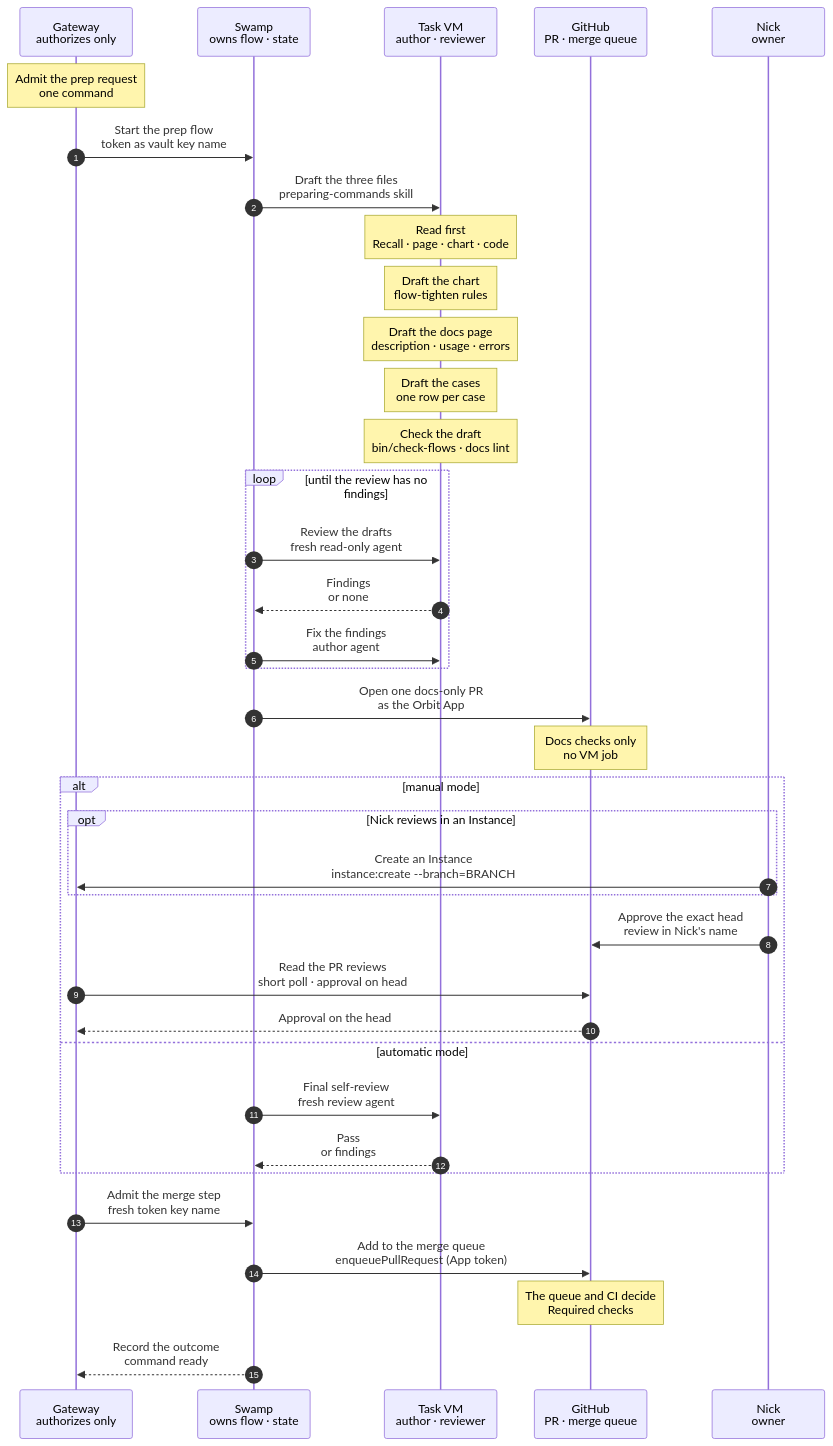
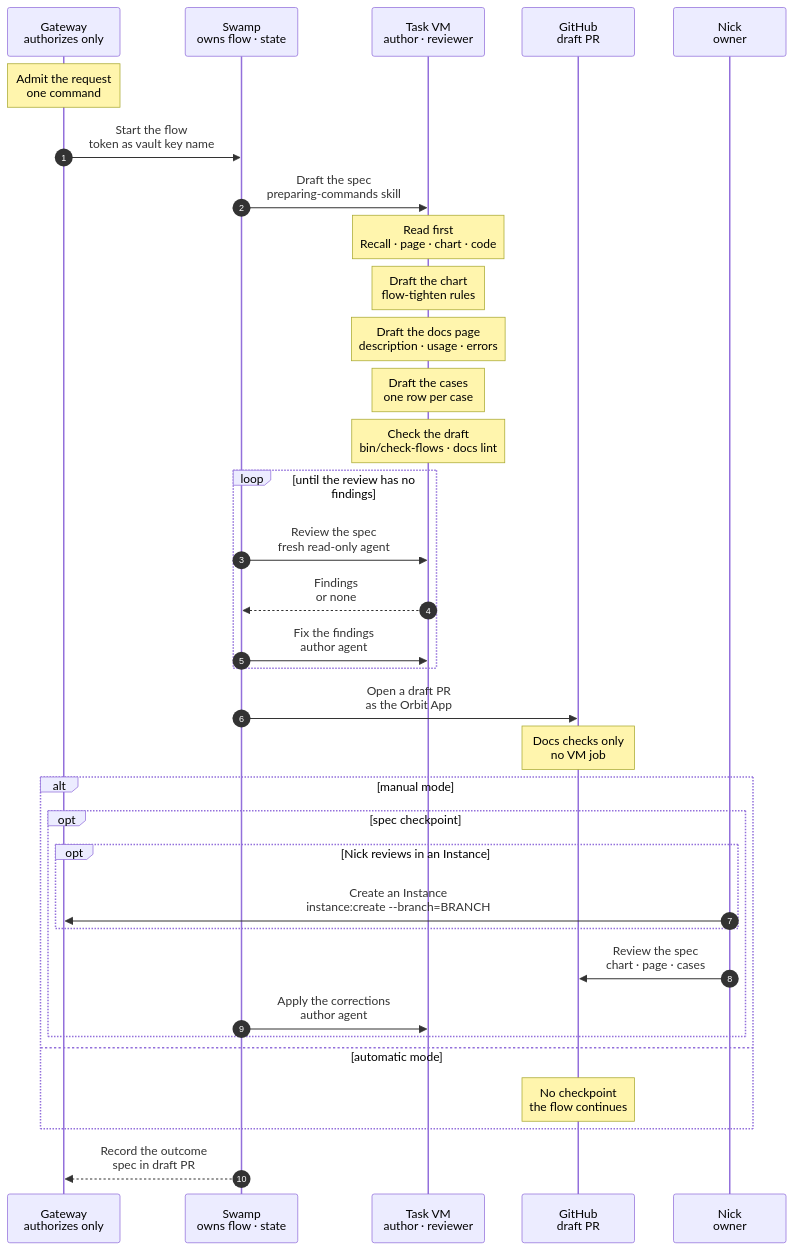
Before and after one commit to hardimpactdev/orbit: the diagram in docs/reference/pipeline/1-prep.mmd, drawn with Mermaid. The commit also changed 8 other files, not shown here.

First line of the commit message:
docs: one PR per command change

```diff
--- a/docs/reference/pipeline/1-prep.mmd
+++ b/docs/reference/pipeline/1-prep.mmd
@@ -1,136 +1,116 @@
 sequenceDiagram
-  %% Target design: stage 1 of the command development pipeline (docs/reference/command-development-pipeline.mdx). Swamp owns the whole prep flow and its state; the Gateway only authorizes it: it admits each request, mints short-lived GitHub App tokens, passes them by vault key name, and records outcomes. An author agent drafts, a separate review agent checks, Swamp opens the PR as the Orbit App, and one of two modes (manual or automatic) decides when Swamp adds the PR to the merge queue. GitHub auto-merge is not used. No code changes in this stage.
+  %% Target design: stage 1 of the command development pipeline (docs/reference/command-development-pipeline.mdx). A command has one PR, and this stage starts it. Swamp owns the flow and its state; the Gateway only authorizes it: it admits each request, mints short-lived GitHub App tokens, passes them by vault key name, and records outcomes. An author agent drafts the spec (chart, docs page and cases), a separate review agent checks it, and Swamp opens a draft PR as the Orbit App. The spec is the first commit of that PR. In manual mode, Nick may review the spec in the draft before code is written; in automatic mode there is no checkpoint. The code and the runnable proof cases follow in the same PR (stages 2 to 4), and stage 4 holds the gate and the merge queue.
   %% status: draft
-  %% command: development pipeline stage 1 · prep a command
+  %% command: development pipeline stage 1 · start the command PR with its spec
   %% kind: pipeline.1-prep
   autonumber
   %% lane GW icon=gateway pill=intent tone=blue
   %% lane SW icon=workflow pill=executes tone=green
   %% lane VM icon=terminal pill=target tone=gray
   %% lane GH icon=server pill=target tone=purple
   %% lane NK icon=terminal pill=caller tone=amber
   participant GW as Gateway<br/>authorizes only
   participant SW as Swamp<br/>owns flow · state
   participant VM as Task VM<br/>author · reviewer
-  participant GH as GitHub<br/>PR · merge queue
+  participant GH as GitHub<br/>draft PR
   participant NK as Nick<br/>owner
-  Note over GW: Admit the prep request<br/>one command
+  Note over GW: Admit the request<br/>one command
   %%> What it does:
-  %%> - authorizes a prep request for one command
+  %%> - authorizes the request to start the PR of one command
   %%> - records the operation, so the CLI and web show its state
   %%> - mints a short-lived GitHub App token for the flow
   %%> Why:
   %%> - the Gateway only authorizes; Swamp owns the flow and all of its state
-  GW->>SW: Start the prep flow<br/>token as vault key name
+  GW->>SW: Start the flow<br/>token as vault key name
   %%> Inputs:
   %%> - the command and its family
   %%> - the vault key name of the token, never the token itself
   %%> Not built:
-  %%> - the prep flow as a Swamp workflow; today the orchestrator starts the agents by hand
-  SW->>VM: Draft the three files<br/>preparing-commands skill
+  %%> - the flow as a Swamp workflow; today the orchestrator starts the agents by hand
+  SW->>VM: Draft the spec<br/>preparing-commands skill
   %%> What it does:
   %%> - the author agent drafts the chart, the docs page and the verification cases in a task VM
-  %%> - preparation changes no code
+  %%> - this commit changes no code
   %%> Not built:
-  %%> - Swamp starting the task VM and the agent as part of the prep flow
+  %%> - Swamp starting the task VM and the agent as part of the flow
   Note over VM: Read first<br/>Recall · page · chart · code
   %%> What it does:
   %%> - Recall `resolve` for the command and its family, and `decisions` for the family; current decisions override older text
   %%> - reads the existing page, chart and old fixture; reads the code only to learn what exists, never as the target
+  %%> - for a command that already has a spec from a docs-only PR, starts from it and updates it
   %%> - for a sibling of an approved command, starts from the sibling's chart, page and cases
   Note over VM: Draft the chart<br/>flow-tighten rules
   %%> What it does:
   %%> - writes `docs/cli/FAMILY/COMMAND.mmd`, the ideal flow, even where the code differs
   %%> - the main path uses required parameters only; each optional flag gets its own `opt` block
   %%> - uses role names and placeholders, never Node ids, task ids or hostnames
   %%> - shows the failure and cleanup contract: what a failure leaves behind, what a rerun does
   Note over VM: Draft the docs page<br/>description · usage · errors
   %%> What it does:
   %%> - writes `docs/cli/FAMILY/COMMAND.mdx` in this order: description, usage, how it works, errors
   %%> - states the rerun behavior, with the reason code of a skip
   Note over VM: Draft the cases<br/>one row per case
   %%> What it does:
   %%> - writes `swamp/proof/FAMILY/COMMAND.cases.md` from the chart and the page, never from the code
   %%> - covers required arguments only, each flag, each error on the chart, a repeat, and a failure after a partial change
   %%> - marks a case that the code fails today; never weakens a case to fit the code
   Note over VM: Check the draft<br/>bin/check-flows · docs lint
   %%> What it does:
   %%> - runs `bin/check-flows`, `composer docs-build` and `composer docs-lint`
   %%> - walks every error code, flag and repeat of the page against the cases
   loop until the review has no findings
-    SW->>VM: Review the drafts<br/>fresh read-only agent
+    SW->>VM: Review the spec<br/>fresh read-only agent
     %%> What it does:
-    %%> - a separate review agent (Sonnet, high effort) checks the drafts against the skills and the CLI standard
-    %%> - it never wrote the drafts
+    %%> - a separate review agent (Sonnet, high effort) checks the spec against the skills and the CLI standard
+    %%> - it never wrote the spec
     VM-->>SW: Findings<br/>or none
     SW->>VM: Fix the findings<br/>author agent
     %%> When:
     %%> - only when the review has findings
     %%> Result:
     %%> - the author agent fixes every finding it can settle with the rules and Recall decisions
   end
-  SW->>GH: Open one docs-only PR<br/>as the Orbit App
+  SW->>GH: Open a draft PR<br/>as the Orbit App
   %%> What it does:
   %%> - reads the token from the vault by its key name
-  %%> - marks the chart `%% status: reviewed`
-  %%> - the PR holds the chart, page and cases of one command and nothing else
+  %%> - pushes the branch whose first commit holds the chart, page and cases of one command and nothing else
+  %%> - opens the PR as a draft; it stays a draft until stage 4
+  %%> - this is the one PR of the command: code and runnable proof cases join it later, and no separate docs PR exists
   %%> Not built:
-  %%> - PRs opened by the App from the prep flow; the Gateway already opens task PRs as the App with `tasks:publish`, but today the prep author opens this PR as `nckrtl`
+  %%> - PRs opened by the App from this flow; the Gateway already opens task PRs as the App with `tasks:publish`, but today the author opens the PR as `nckrtl`
   Note over GH: Docs checks only<br/>no VM job
   %%> Why:
-  %%> - a documentation-only change runs the docs checks of CI and never the proof CI
+  %%> - the spec commit changes documentation only, so CI runs the docs checks and never the proof CI; the proof CI starts with the code
   alt manual mode
-    opt Nick reviews in an Instance
-      NK->>GW: Create an Instance<br/>instance:create --branch=BRANCH
+    opt spec checkpoint
+      opt Nick reviews in an Instance
+        NK->>GW: Create an Instance<br/>instance:create --branch=BRANCH
+        %%> What it does:
+        %%> - creates a development Instance that checks out the PR branch
+        %%> - Nick and an agent review and adjust the spec there
+        %%> Built or not:
+        %%> - built: `instance:create --branch` checks out an existing origin branch (`docs/cli/instance/create.mdx`, Branch selection)
+      end
+      NK->>GH: Review the spec<br/>chart · page · cases
       %%> What it does:
-      %%> - creates a development Instance that checks out the PR branch
-      %%> - Nick and an agent review and adjust the drafts there
-      %%> - a push moves the PR head, so the approval must follow the last push
-      %%> Built or not:
-      %%> - built: `instance:create --branch` checks out an existing origin branch (`docs/cli/instance/create.mdx`, Branch selection)
+      %%> - Nick reviews the chart, the page and the cases in the draft before any code is written
+      %%> - each correction is a new commit on the same branch
+      %%> - Nick approves the spec; the chart is then marked `%% status: reviewed`
+      %%> Why:
+      %%> - a wrong spec is cheapest to fix before code follows it
+      SW->>VM: Apply the corrections<br/>author agent
+      %%> When:
+      %%> - only when Nick asks for corrections
+      %%> Result:
+      %%> - the author agent applies them, checks the draft again and pushes
     end
-    NK->>GH: Approve the exact head<br/>review in Nick's name
-    %%> What it does:
-    %%> - Nick asks the agent to post the approving review in his name
+  else automatic mode
+    Note over GH: No checkpoint<br/>the flow continues
     %%> Why:
-    %%> - the approval of the exact PR head is the gate; it is the only signal the flow waits for
-    GW->>GH: Read the PR reviews<br/>short poll · approval on head
-    %%> What it does:
-    %%> - reads the review decisions with a token that has only `pull_requests: read`
-    %%> Why:
-    %%> - the Gateway is private and its App receives no webhooks, so GitHub cannot call it; a short poll sees the approval
-    %%> Built or not:
-    %%> - built: the Gateway already reads review decisions this way for task pull requests
-    %%> - not built: the approval-triggered continuation, which admits the next step of the prep flow
-    GH-->>GW: Approval on the head
-  else automatic mode
-    SW->>VM: Final self-review<br/>fresh review agent
-    %%> What it does:
-    %%> - a new review agent, which took no part in the drafts or the earlier reviews, reads the PR head and its CI result
-    %%> Result:
-    %%> - findings go back to the author agent, which fixes them; the new head gets a new review
-    VM-->>SW: Pass<br/>or findings
+    %%> - the review agents' clean pass is the spec approval; the final self-review in stage 4 reads the whole PR
   end
-  GW->>SW: Admit the merge step<br/>fresh token key name
-  %%> When:
-  %%> - manual mode: after the Gateway sees the approval on the exact head
-  %%> - automatic mode: after the final self-review passes
-  %%> - in both modes the PR's CI is green
-  %%> Why:
-  %%> - a token lives one hour and an approval can take longer, so the Gateway mints a new one for this step
-  SW->>GH: Add to the merge queue<br/>enqueuePullRequest (App token)
-  %%> What it does:
-  %%> - Swamp adds the PR to the merge queue through GitHub's `enqueuePullRequest` GraphQL mutation, with the Gateway-minted App token passed by vault key name
-  %%> - the Orbit App, through this Swamp step, decides whether the PR may merge; the merge queue then runs CI on the merge group and merges
-  %%> History:
-  %%> - GitHub auto-merge is no longer used
-  %%> Not built:
-  %%> - Swamp adding the PR to the merge queue; today the author runs `gh pr merge --auto` as `nckrtl` (the interim)
-  %%> - the repository's auto-merge setting is switched off once Swamp enqueues PRs
-  Note over GH: The queue and CI decide<br/>Required checks
-  %%> What it does:
-  %%> - the merge queue lands the PR when `Required checks` pass
-  SW-->>GW: Record the outcome<br/>command ready
+  SW-->>GW: Record the outcome<br/>spec in draft PR
   %%> Result:
-  %%> - chart, page and cases are merged; the Gateway records the command as ready for the CLI and web
-  %%> - building starts only now, with stage 2 onward
+  %%> - the Gateway records the draft PR with its spec commit, for the CLI and web
+  %%> - the command is not ready and not merged; building starts in the same PR with stage 2, and stages 3 and 4 follow in it
+  %%> - a command already prepared through a docs-only PR stays as it is; when its turn comes, this flow reviews and updates its spec
```
